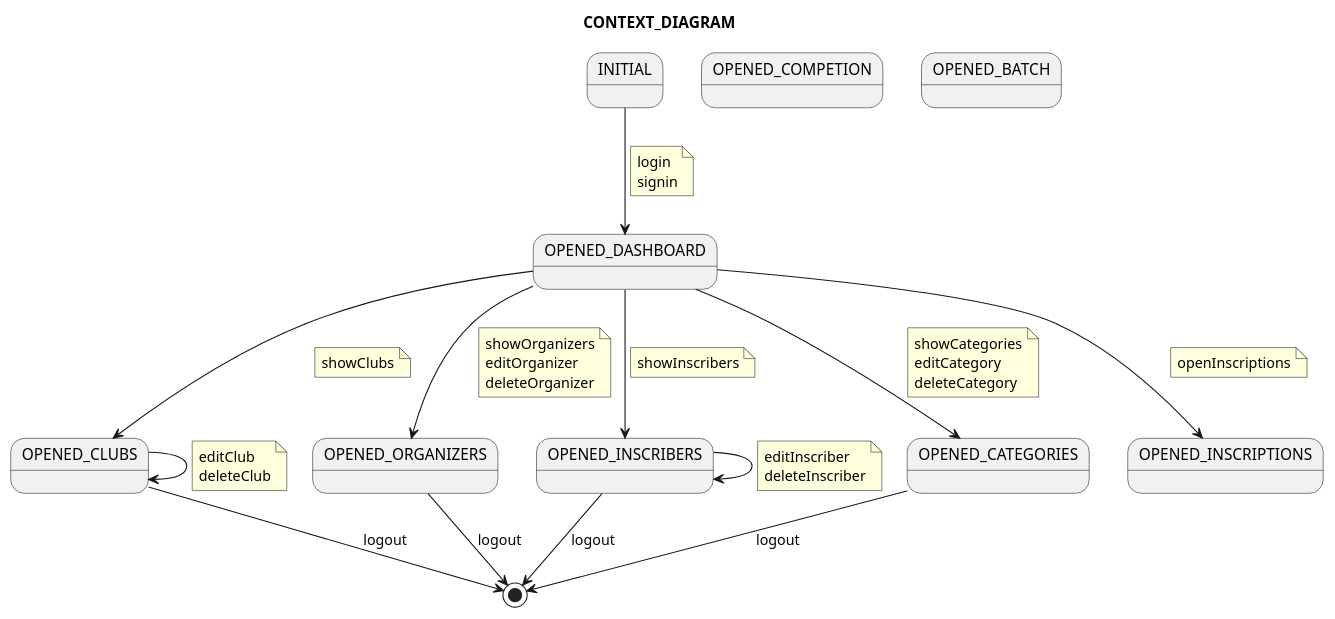
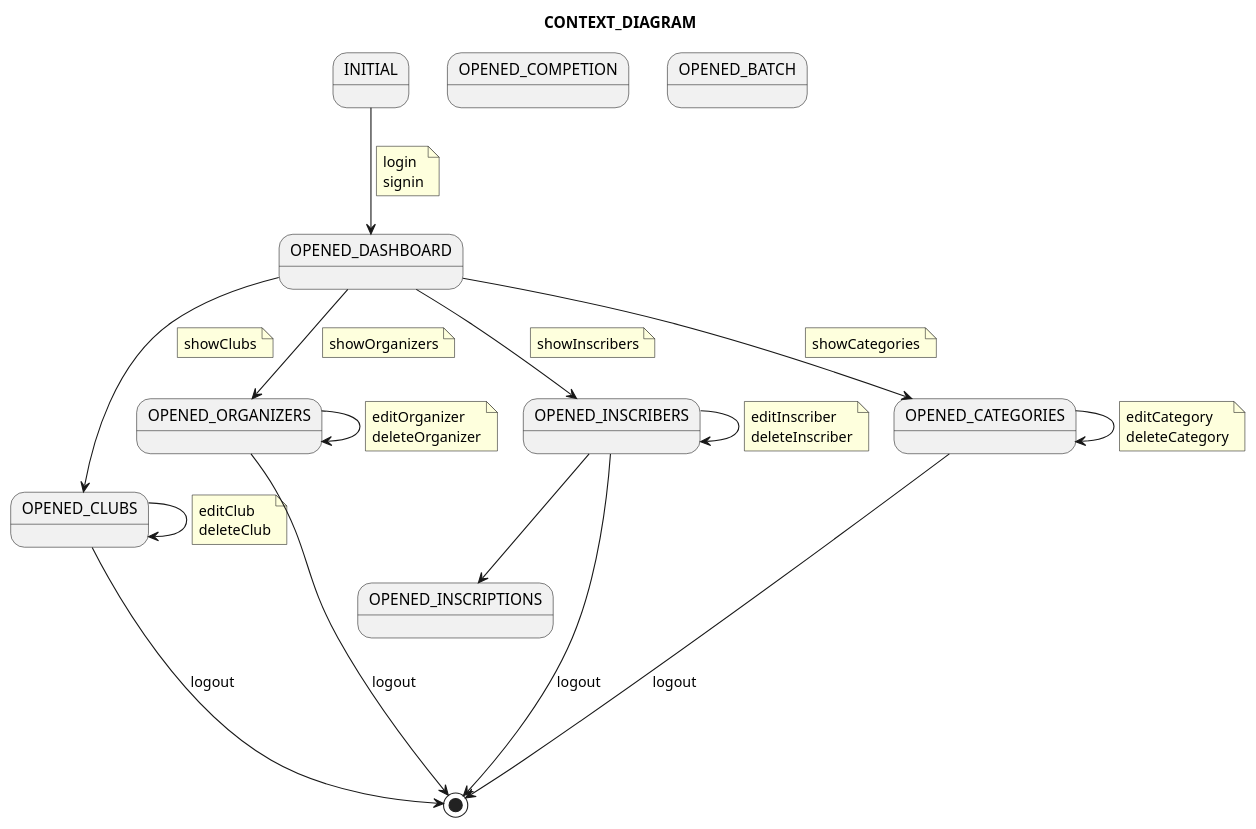
The diagram in diagrams/context/contextDiagram.puml (zuldare/mastercloud_pfm_halterocms), drawn with PlantUML before and after one commit.

Commit message:
Added organizationSecretary context

```diff
--- a/diagrams/context/contextDiagram.puml
+++ b/diagrams/context/contextDiagram.puml
@@ -1,90 +1,97 @@
 @startuml
 title CONTEXT_DIAGRAM
 
 state INITIAL
 state OPENED_DASHBOARD
 state OPENED_CLUBS
 state OPENED_ORGANIZERS
 state OPENED_INSCRIBERS
 state OPENED_CATEGORIES
 state OPENED_INSCRIPTIONS
 
 state OPENED_COMPETION
 state OPENED_BATCH
 
 
 INITIAL --> OPENED_DASHBOARD
 note on link
   login
   signin
 end note
 
 OPENED_DASHBOARD --> OPENED_CLUBS
 note on link
   showClubs
 end note
 
 OPENED_DASHBOARD --> OPENED_ORGANIZERS
 note on link
   showOrganizers
+end note
+
+OPENED_ORGANIZERS --> OPENED_ORGANIZERS
+note on link
   editOrganizer
   deleteOrganizer
 end note
+
 
 OPENED_DASHBOARD --> OPENED_INSCRIBERS
 note on link
   showInscribers
 end note
 
 OPENED_INSCRIBERS --> OPENED_INSCRIBERS
 note on link
   editInscriber
   deleteInscriber
 end note
 
 OPENED_DASHBOARD --> OPENED_CATEGORIES
 note on link
   showCategories
+end note
+
+OPENED_CATEGORIES --> OPENED_CATEGORIES
+note on link
   editCategory
   deleteCategory
 end note
 
-OPENED_CLUBS --> [*] : logout
 
 OPENED_CLUBS --> OPENED_CLUBS
 note on link
   editClub
   deleteClub
 end note
 
-OPENED_ORGANIZERS --> [*] : logout
-OPENED_INSCRIBERS --> [*] : logout
-OPENED_CATEGORIES --> [*] : logout
+OPENED_CLUBS ---> [*] : logout
+OPENED_ORGANIZERS ----> [*] : logout
+OPENED_INSCRIBERS ----> [*] : logout
+OPENED_CATEGORIES ----> [*] : logout
 
-OPENED_DASHBOARD --> OPENED_INSCRIPTIONS
-note on link
-  openInscriptions
-end note
 
+
+OPENED_INSCRIBERS --> OPENED_INSCRIPTIONS
 
 
 '[*] --> NotShooting
 '
 'state NotShooting {
 '  [*] --> Idle
 '  Idle --> Configuring : EvConfig
 '  Configuring --> Idle : EvConfig
 '}
 '
 'state Configuring {
 '  [*] --> NewValueSelection
 '  NewValueSelection --> NewValuePreview : EvNewValue
 '  NewValuePreview --> NewValueSelection : EvNewValueRejected
 '  NewValuePreview --> NewValueSelection : EvNewValueSaved
 '
 '  state NewValuePreview {
 '     State1 -> State2
 '  }
 '
 '}
 @enduml
```
